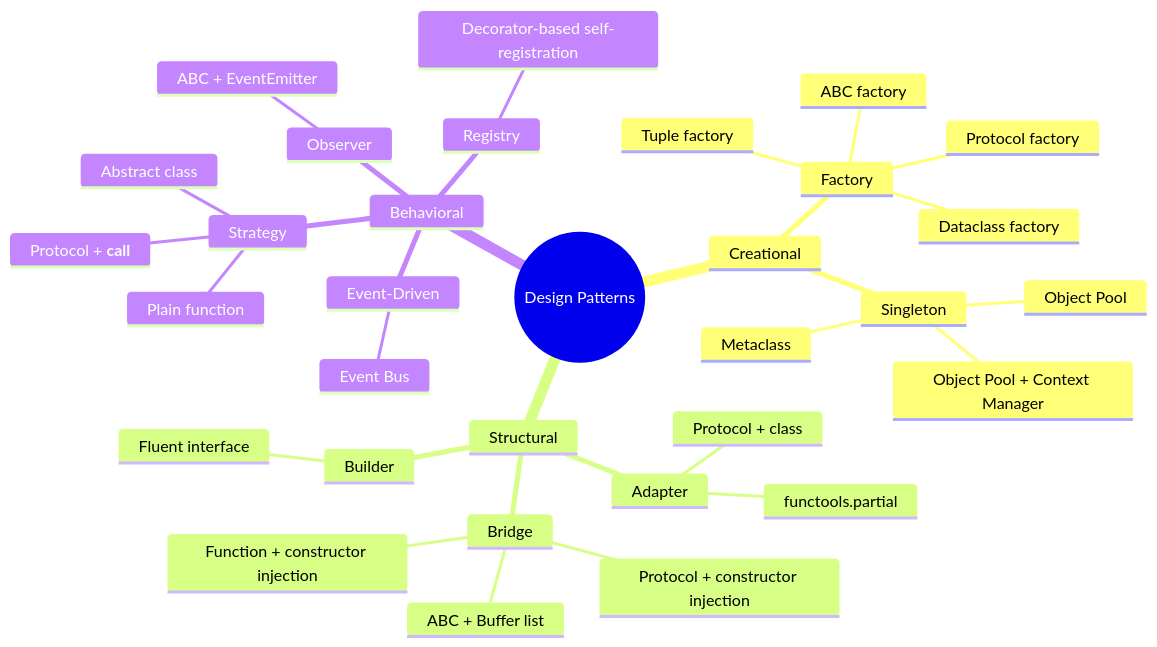
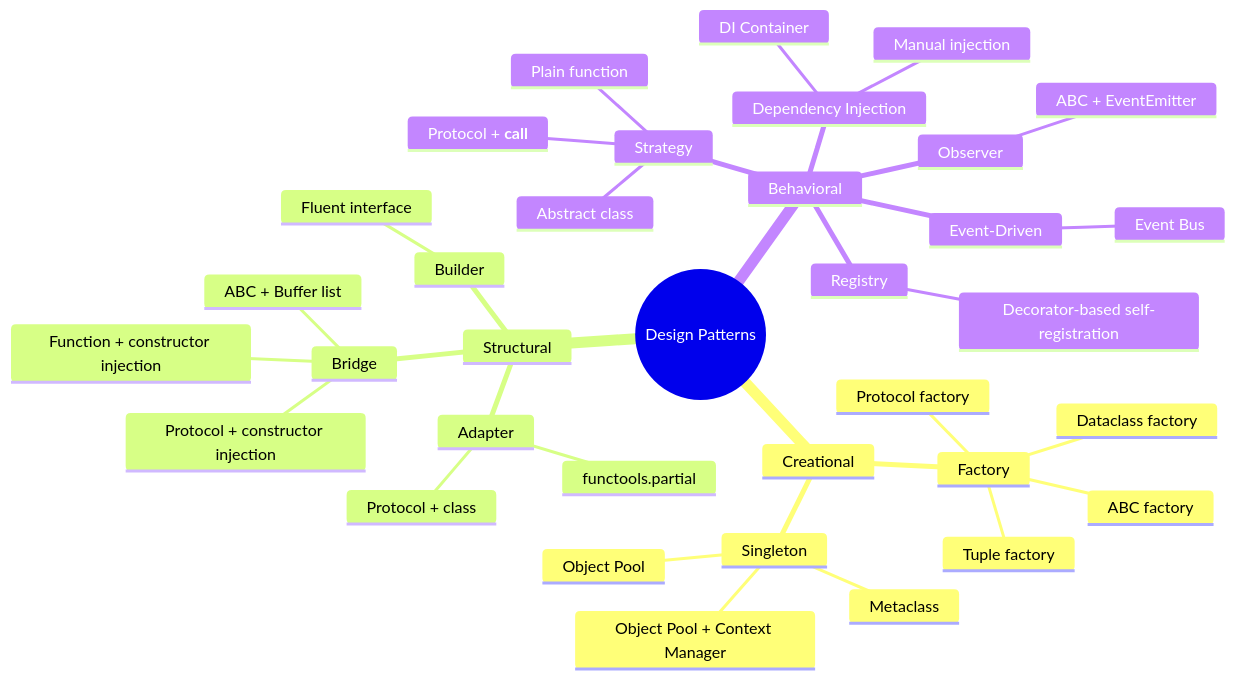
Before and after one commit to ka-us-tubh/design-pattern: the diagram in README.md, drawn with Mermaid. The commit also changed other lines of this file and 3 other files, not shown here.

````diff
--- a/README.md
+++ b/README.md
@@ -73,35 +77,38 @@
 ```mermaid
 mindmap
   root((Design Patterns))
     Creational
       Factory
         ABC factory
         Protocol factory
         Dataclass factory
         Tuple factory
       Singleton
         Metaclass
         Object Pool
         Object Pool + Context Manager
     Structural
       Adapter
         Protocol + class
         functools.partial
       Bridge
         ABC + Buffer list
         Protocol + constructor injection
         Function + constructor injection
       Builder
         Fluent interface
     Behavioral
       Strategy
         Abstract class
         Protocol + __call__
         Plain function
       Observer
         ABC + EventEmitter
+      Dependency Injection
+        Manual injection
+        DI Container
       Registry
         Decorator-based self-registration
       Event-Driven
         Event Bus
 ```
````
